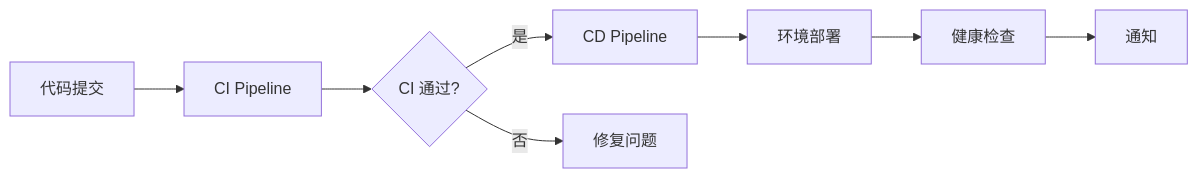
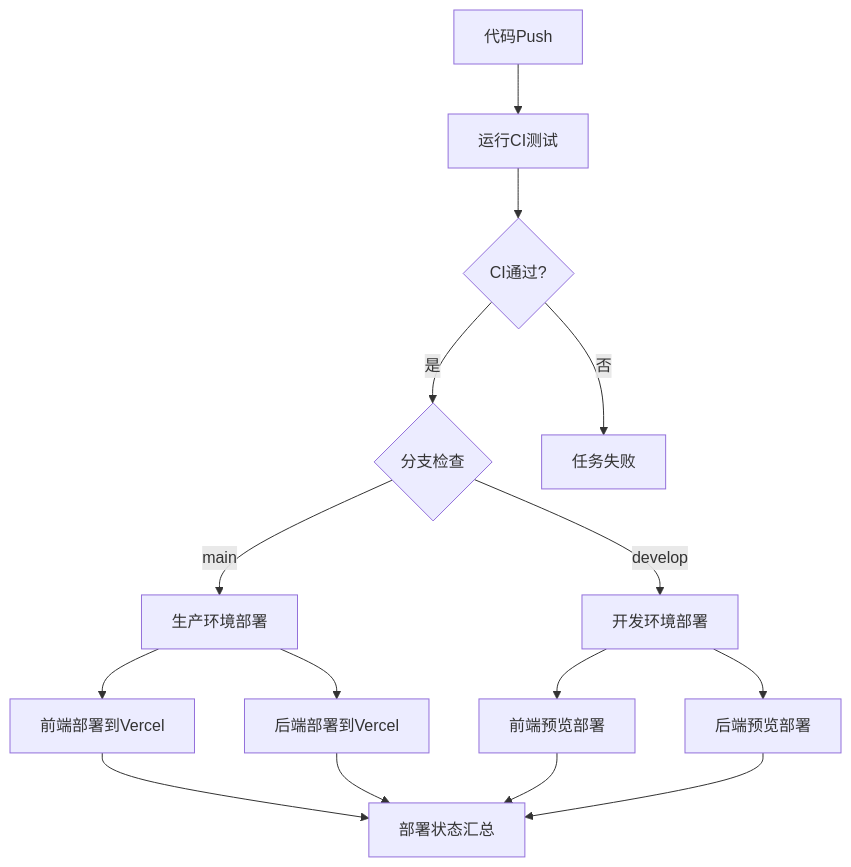
One commit to piggyzss/DouDou changed the diagram in .github/workflows/README.md. Above: the diagram before and after it, drawn with Mermaid. The commit also changed other lines of this file and 1 other file, not shown here.

````diff
--- a/.github/workflows/README.md
+++ b/.github/workflows/README.md
@@ -63,10 +35,17 @@
 ```mermaid
-graph LR
-    A[代码提交] --> B[CI Pipeline]
-    B --> C{CI 通过?}
-    C -->|是| D[CD Pipeline]
-    C -->|否| E[修复问题]
-    D --> F[环境部署]
-    F --> G[健康检查]
-    G --> H[通知]
+graph TD
+    A[代码Push] --> B[运行CI测试]
+    B --> C{CI通过?}
+    C -->|是| D{分支检查}
+    C -->|否| E[任务失败]
+    D -->|main| F[生产环境部署]
+    D -->|develop| G[开发环境部署]
+    F --> H[前端部署到Vercel]
+    F --> I[后端部署到Vercel]
+    G --> J[前端预览部署]
+    G --> K[后端预览部署]
+    H --> L[部署状态汇总]
+    I --> L
+    J --> L
+    K --> L
 ```
````
